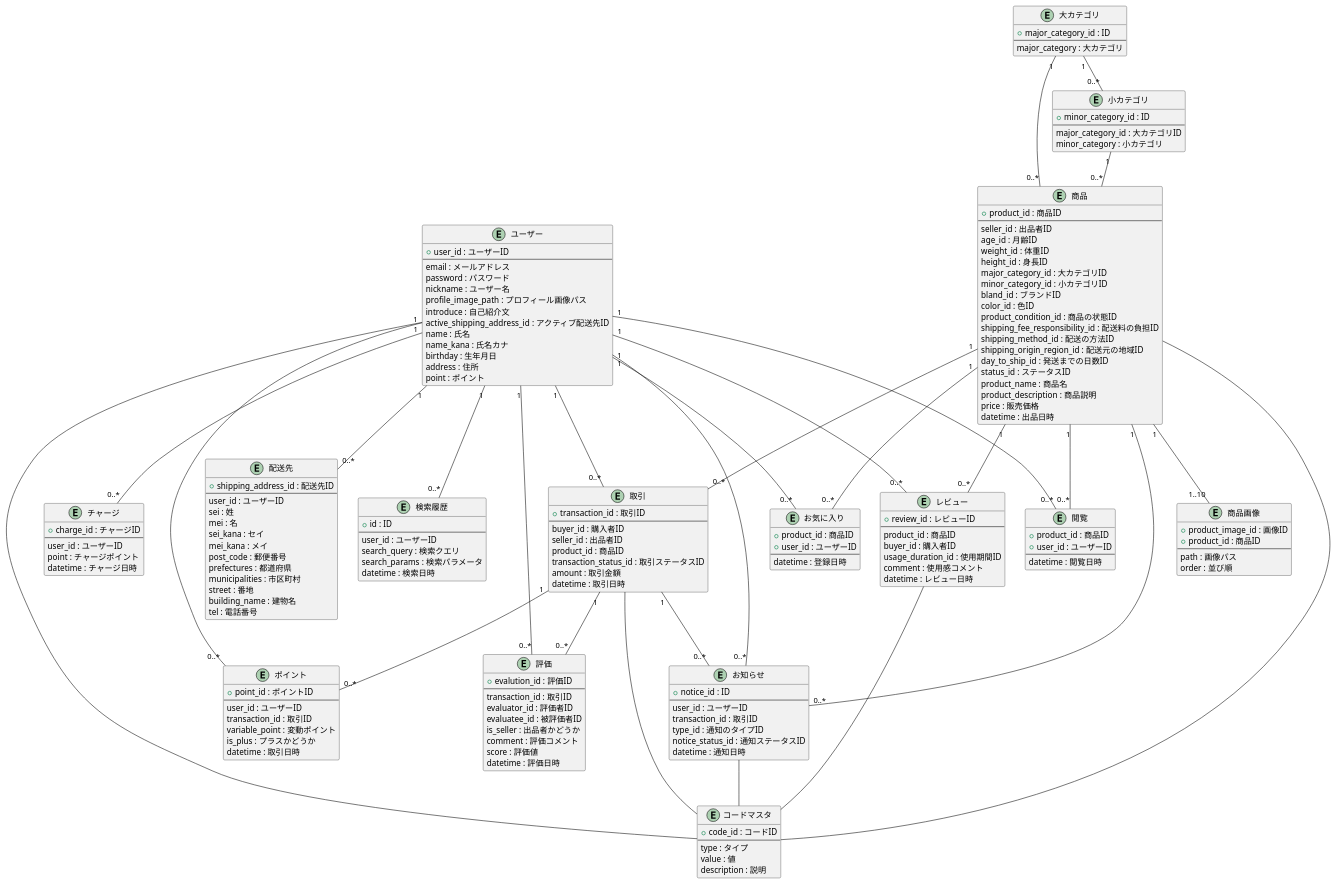
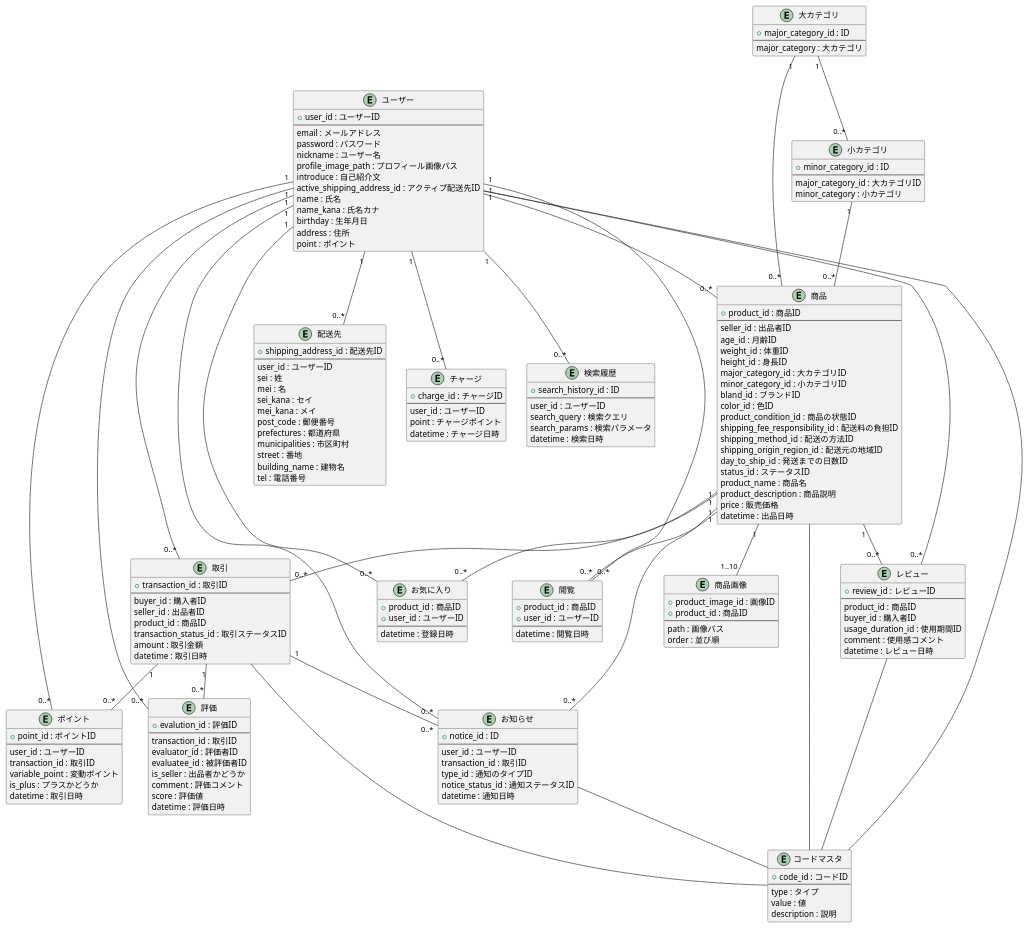
Before and after one commit to togask/baby-motsu: the diagram in ER.pu, drawn with PlantUML.

Commit message:
検索履歴テーブルの主キーをリネーム

```diff
--- a/ER.pu
+++ b/ER.pu
@@ -1,198 +1,199 @@
 @startuml
 
 entity "ユーザー" as user {
   + user_id : ユーザーID
   --
   email : メールアドレス
   password : パスワード
   nickname : ユーザー名
   profile_image_path : プロフィール画像パス
   introduce : 自己紹介文
   active_shipping_address_id : アクティブ配送先ID
   name : 氏名
   name_kana : 氏名カナ
   birthday : 生年月日
   address : 住所
   point : ポイント
 }
 
 entity "配送先" as shipping_address {
   + shipping_address_id : 配送先ID
   --
   user_id : ユーザーID
   sei : 姓
   mei : 名
   sei_kana : セイ
   mei_kana : メイ
   post_code : 郵便番号
   prefectures : 都道府県
   municipalities : 市区町村
   street : 番地
   building_name : 建物名
   tel : 電話番号
 }
 
 entity "検索履歴" as search_history {
-  + id : ID
+  + search_history_id : ID
   --
   user_id : ユーザーID
   search_query : 検索クエリ
   search_params : 検索パラメータ
   datetime : 検索日時
 }
 
 entity "取引" as transaction {
   + transaction_id : 取引ID
   --
   buyer_id : 購入者ID
   seller_id : 出品者ID
   product_id : 商品ID
   transaction_status_id : 取引ステータスID
   amount : 取引金額
   datetime : 取引日時
 }
 
 entity "ポイント" as point {
   + point_id : ポイントID
   --
   user_id : ユーザーID
   transaction_id : 取引ID
   variable_point : 変動ポイント
   is_plus : プラスかどうか
   datetime : 取引日時
 }
 
 entity "お気に入り" as favorite {
   + product_id : 商品ID
   + user_id : ユーザーID
   --
   datetime : 登録日時
 }
 
 entity "閲覧" as productviews {
   + product_id : 商品ID
   + user_id : ユーザーID
   --
   datetime : 閲覧日時
 }
 
 entity "チャージ" as charge {
   + charge_id : チャージID
   --
   user_id : ユーザーID
   point : チャージポイント
   datetime : チャージ日時
 }
 
 entity "レビュー" as review {
   + review_id : レビューID
   --
   product_id : 商品ID
   buyer_id : 購入者ID
   usage_duration_id : 使用期間ID
   comment : 使用感コメント
   datetime : レビュー日時
 }
 
 entity "商品" as product {
   + product_id : 商品ID
   --
   seller_id : 出品者ID
   age_id : 月齢ID
   weight_id : 体重ID
   height_id : 身長ID
   major_category_id : 大カテゴリID
   minor_category_id : 小カテゴリID
   bland_id : ブランドID
   color_id : 色ID
   product_condition_id : 商品の状態ID
   shipping_fee_responsibility_id : 配送料の負担ID
   shipping_method_id : 配送の方法ID
   shipping_origin_region_id : 配送元の地域ID
   day_to_ship_id : 発送までの日数ID
   status_id : ステータスID
   product_name : 商品名
   product_description : 商品説明
   price : 販売価格
   datetime : 出品日時
 }
 
 entity "商品画像" as product_image {
   + product_image_id : 画像ID
   + product_id : 商品ID
   --
   path : 画像パス
   order : 並び順
 }
 
 entity "評価" as evaluation {
   + evalution_id : 評価ID
   --
   transaction_id : 取引ID
   evaluator_id : 評価者ID
   evaluatee_id : 被評価者ID
   is_seller : 出品者かどうか
   comment : 評価コメント
   score : 評価値
   datetime : 評価日時
 }
 
 entity "お知らせ" as notice {
   + notice_id : ID
   --
   user_id : ユーザーID
   transaction_id : 取引ID
   type_id : 通知のタイプID
   notice_status_id : 通知ステータスID
   datetime : 通知日時
 }
 
 entity "大カテゴリ" as major_category {
   + major_category_id : ID
   --
   major_category : 大カテゴリ
 }
 
 entity "小カテゴリ" as minor_category {
   + minor_category_id : ID
   --
   major_category_id : 大カテゴリID
   minor_category : 小カテゴリ
 }
 
 entity "コードマスタ" as code_master {
   + code_id : コードID
   --
   type : タイプ
   value : 値
   description : 説明
 }
 
 user "1" -- "0..*" shipping_address
+user "1" -- "0..*" product
 user "1" -- "0..*" transaction
 product "1" -- "0..*" transaction
 product "1" -- "1..10" product_image
 user "1" -- "0..*" search_history
 user "1" -- "0..*" point
 transaction "1" -- "0..*" point
 product "1" -- "0..*" favorite
 user "1" -- "0..*" favorite
 product "1" -- "0..*" productviews
 user "1" -- "0..*" productviews
 user "1" -- "0..*" charge
 product "1" -- "0..*" review
 user "1" -- "0..*" review
 major_category "1" -- "0..*" product
 minor_category "1" -- "0..*" product
 transaction "1" -- "0..*" evaluation
 user "1" -- "0..*" evaluation
 major_category "1" -- "0..*" minor_category
 user "1" -- "0..*" notice
 transaction "1" -- "0..*" notice
 product "1" -- "0..*" notice
 product -- code_master
 user -- code_master
 transaction -- code_master
 review -- code_master
 notice -- code_master
 @enduml
```
